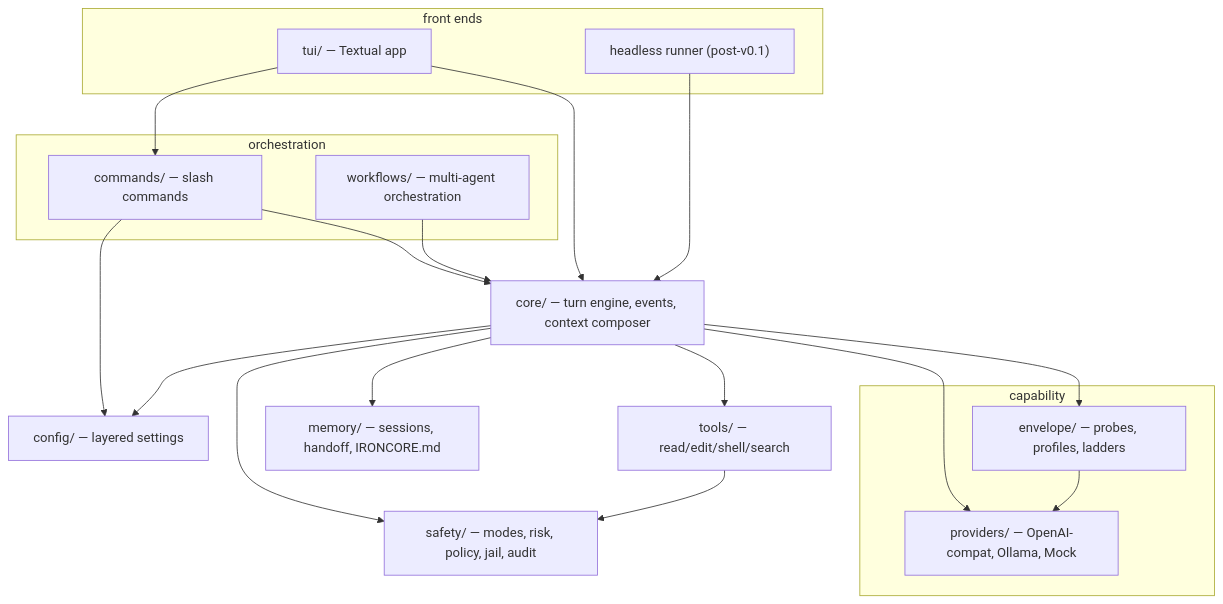
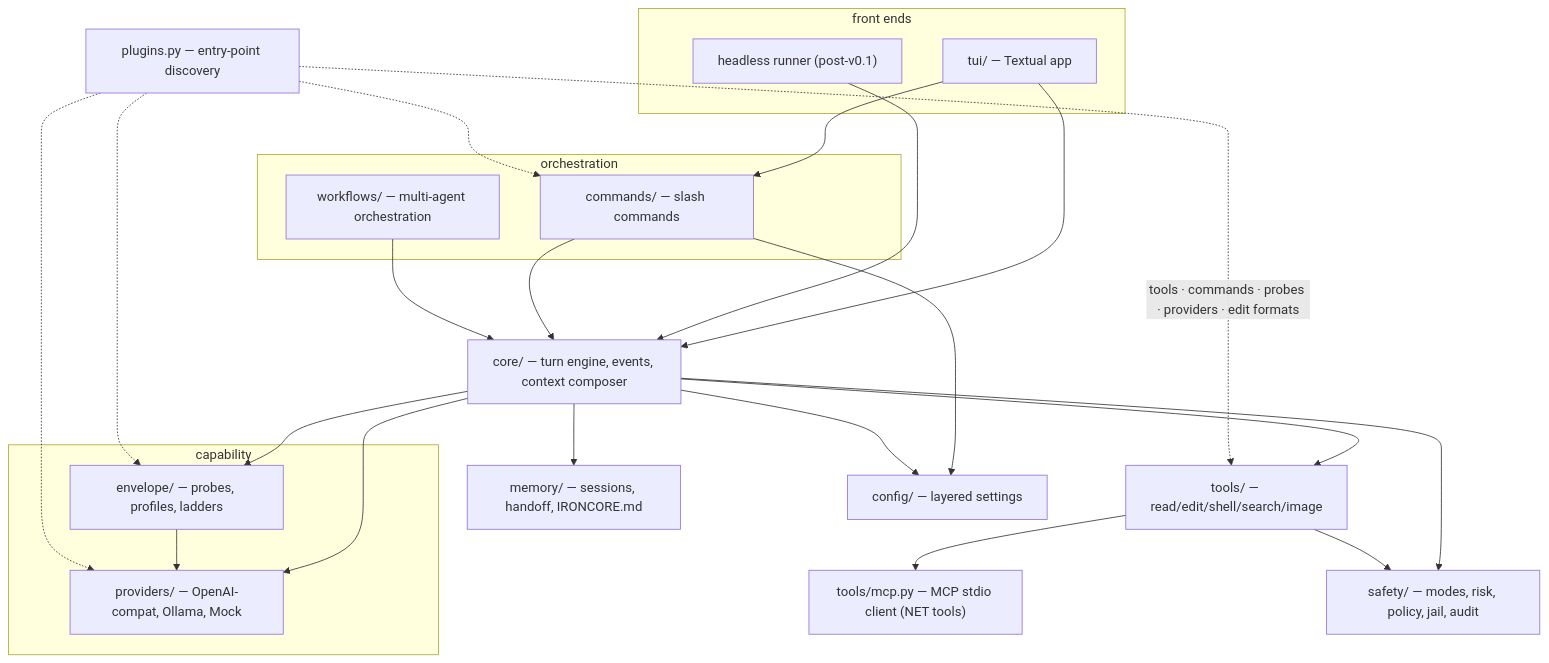
Before and after one commit to RealDealCPA-VR/IronCore: the diagram in docs/ARCHITECTURE.md, drawn with Mermaid. The commit also changed other lines of this file and 11 other files, not shown here.

````diff
--- a/docs/ARCHITECTURE.md
+++ b/docs/ARCHITECTURE.md
@@ -9,35 +9,42 @@
 ```mermaid
 graph TD
     subgraph front ends
         TUI["tui/ — Textual app"]
         HEADLESS["headless runner (post-v0.1)"]
     end
     subgraph orchestration
         CMD["commands/ — slash commands"]
         WF["workflows/ — multi-agent orchestration"]
     end
     CORE["core/ — turn engine, events, context composer"]
     subgraph capability
         ENV["envelope/ — probes, profiles, ladders"]
         PROV["providers/ — OpenAI-compat, Ollama, Mock"]
     end
-    TOOLS["tools/ — read/edit/shell/search"]
+    TOOLS["tools/ — read/edit/shell/search/image"]
+    MCP["tools/mcp.py — MCP stdio client (NET tools)"]
     MEM["memory/ — sessions, handoff, IRONCORE.md"]
     SAFE["safety/ — modes, risk, policy, jail, audit"]
     CFG["config/ — layered settings"]
+    PLUG["plugins.py — entry-point discovery"]
 
     TUI --> CORE
     HEADLESS --> CORE
     TUI --> CMD
     CMD --> CORE
     WF --> CORE
     CORE --> ENV
     CORE --> PROV
     CORE --> TOOLS
     CORE --> MEM
     CORE --> SAFE
     TOOLS --> SAFE
+    TOOLS --> MCP
     ENV --> PROV
     CMD --> CFG
     CORE --> CFG
+    PLUG -.->|"tools · commands · probes · providers · edit formats"| TOOLS
+    PLUG -.-> CMD
+    PLUG -.-> ENV
+    PLUG -.-> PROV
 ```
````
